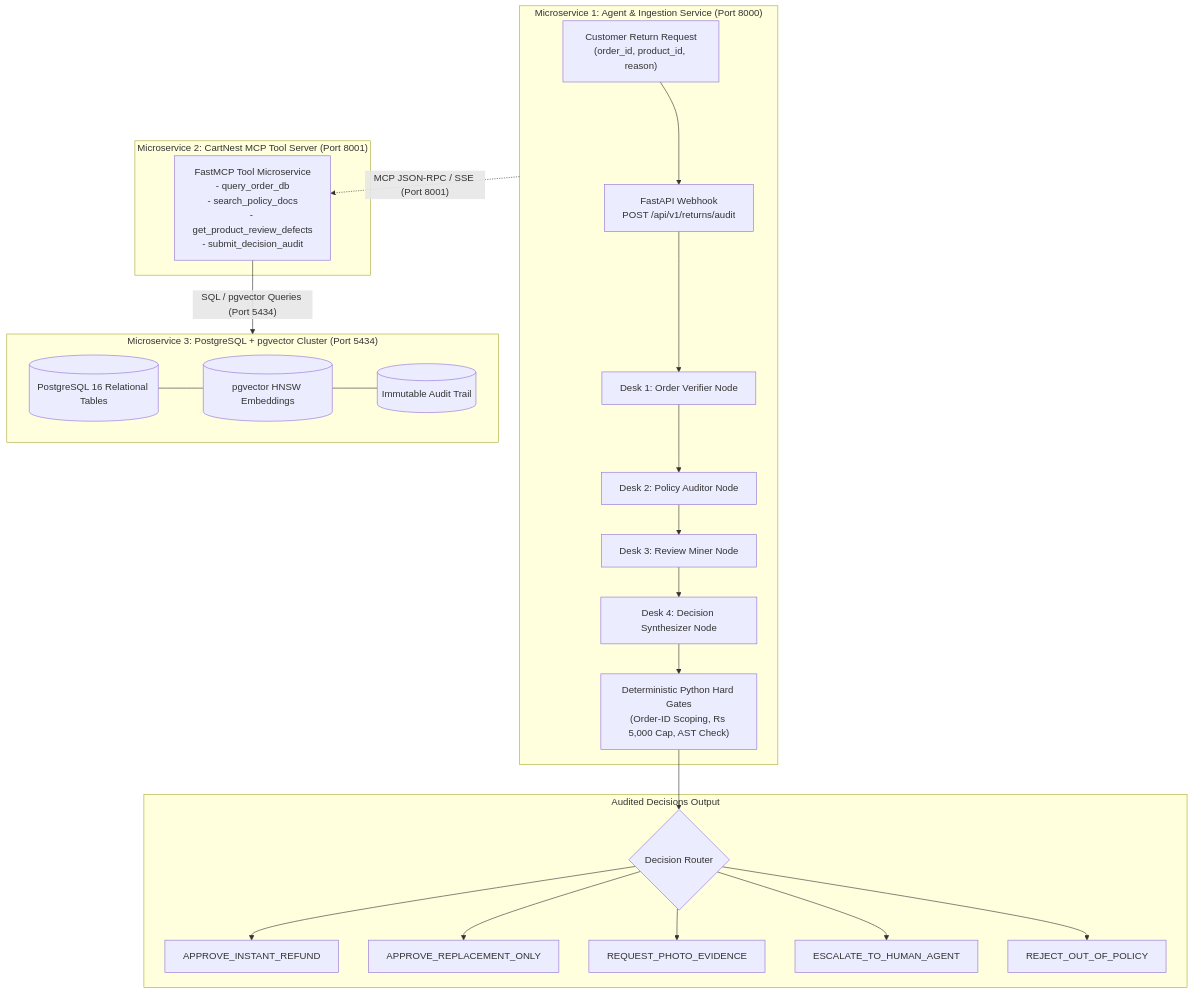
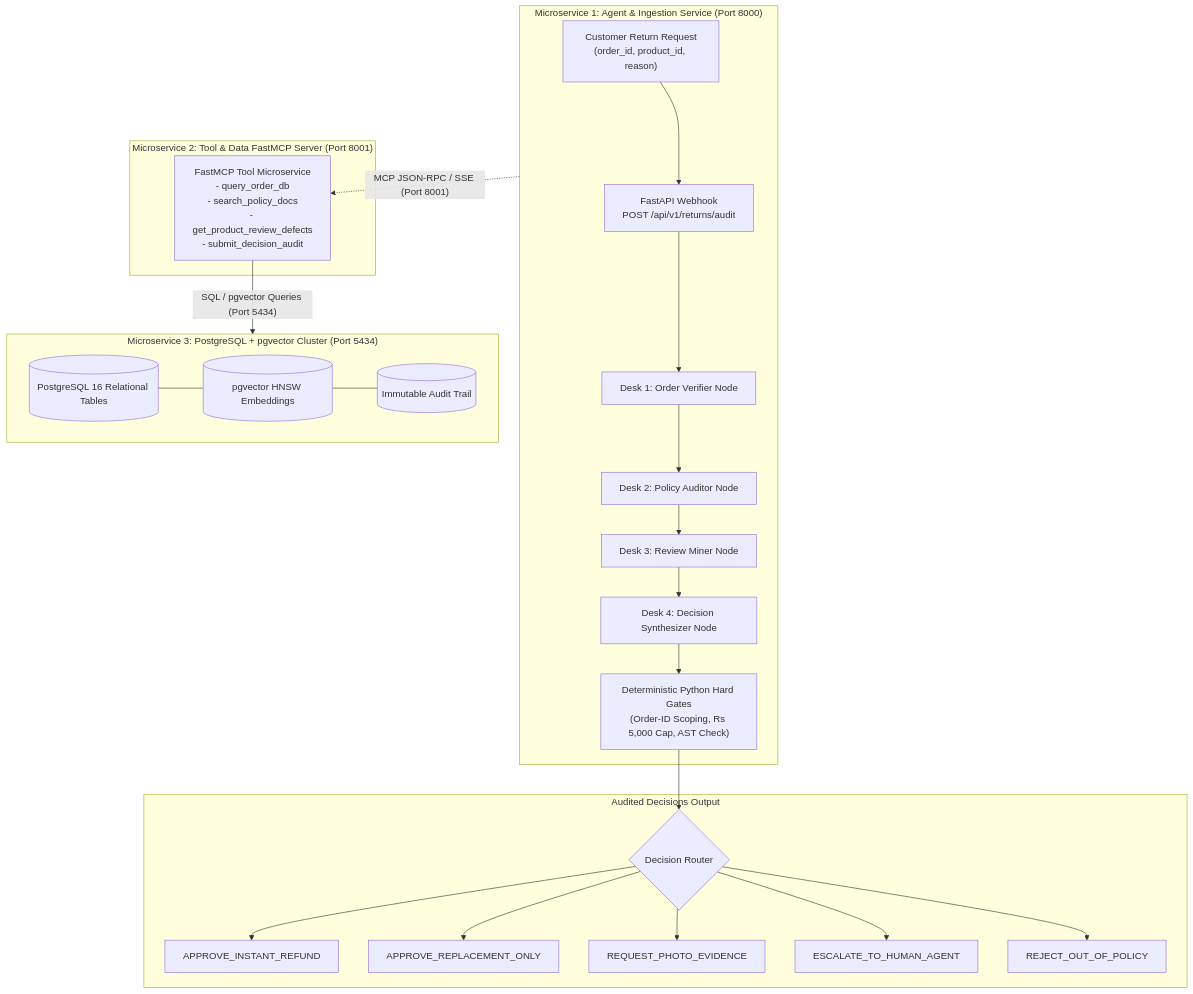
Before and after one commit to goutham-022/autonomous_product_return_review_auditor: the diagram in docs/architecture.md, drawn with Mermaid. The commit also changed other lines of this file and 7 other files, not shown here.

````diff
--- a/docs/architecture.md
+++ b/docs/architecture.md
@@ -83,57 +83,57 @@
 ```mermaid
 flowchart TD
     %% Microservice 1
     subgraph Microservice1["Microservice 1: Agent & Ingestion Service (Port 8000)"]
         Claim["Customer Return Request<br/>(order_id, product_id, reason)"]
         API["FastAPI Webhook<br/>POST /api/v1/returns/audit"]
         
         Desk1["Desk 1: Order Verifier Node"]
         Desk2["Desk 2: Policy Auditor Node"]
         Desk3["Desk 3: Review Miner Node"]
         Desk4["Desk 4: Decision Synthesizer Node"]
         
         SafetyGates["Deterministic Python Hard Gates<br/>(Order-ID Scoping, Rs 5,000 Cap, AST Check)"]
 
         Claim --> API
         API --> Desk1
         Desk1 --> Desk2
         Desk2 --> Desk3
         Desk3 --> Desk4
         Desk4 --> SafetyGates
     end
 
     %% Microservice 2
-    subgraph Microservice2["Microservice 2: CartNest MCP Tool Server (Port 8001)"]
+    subgraph Microservice2["Microservice 2: Tool & Data FastMCP Server (Port 8001)"]
         MCPServer["FastMCP Tool Microservice<br/>- query_order_db<br/>- search_policy_docs<br/>- get_product_review_defects<br/>- submit_decision_audit"]
     end
 
     %% Microservice 3
     subgraph Microservice3["Microservice 3: PostgreSQL + pgvector Cluster (Port 5434)"]
         SQLDB[("PostgreSQL 16 Relational Tables")]
         VectorDB[("pgvector HNSW Embeddings")]
         AuditDB[("Immutable Audit Trail")]
 
         SQLDB --- VectorDB --- AuditDB
     end
 
     %% Decisions
     subgraph Decisions["Audited Decisions Output"]
         DecisionTree{"Decision Router"}
         D1["APPROVE_INSTANT_REFUND"]
         D2["APPROVE_REPLACEMENT_ONLY"]
         D3["REQUEST_PHOTO_EVIDENCE"]
         D4["ESCALATE_TO_HUMAN_AGENT"]
         D5["REJECT_OUT_OF_POLICY"]
 
         SafetyGates --> DecisionTree
         DecisionTree --> D1
         DecisionTree --> D2
         DecisionTree --> D3
         DecisionTree --> D4
         DecisionTree --> D5
     end
 
     %% Inter-service networking
     Microservice1 -.->|"MCP JSON-RPC / SSE (Port 8001)"| MCPServer
     MCPServer -->|"SQL / pgvector Queries (Port 5434)"| Microservice3
 ```
````
